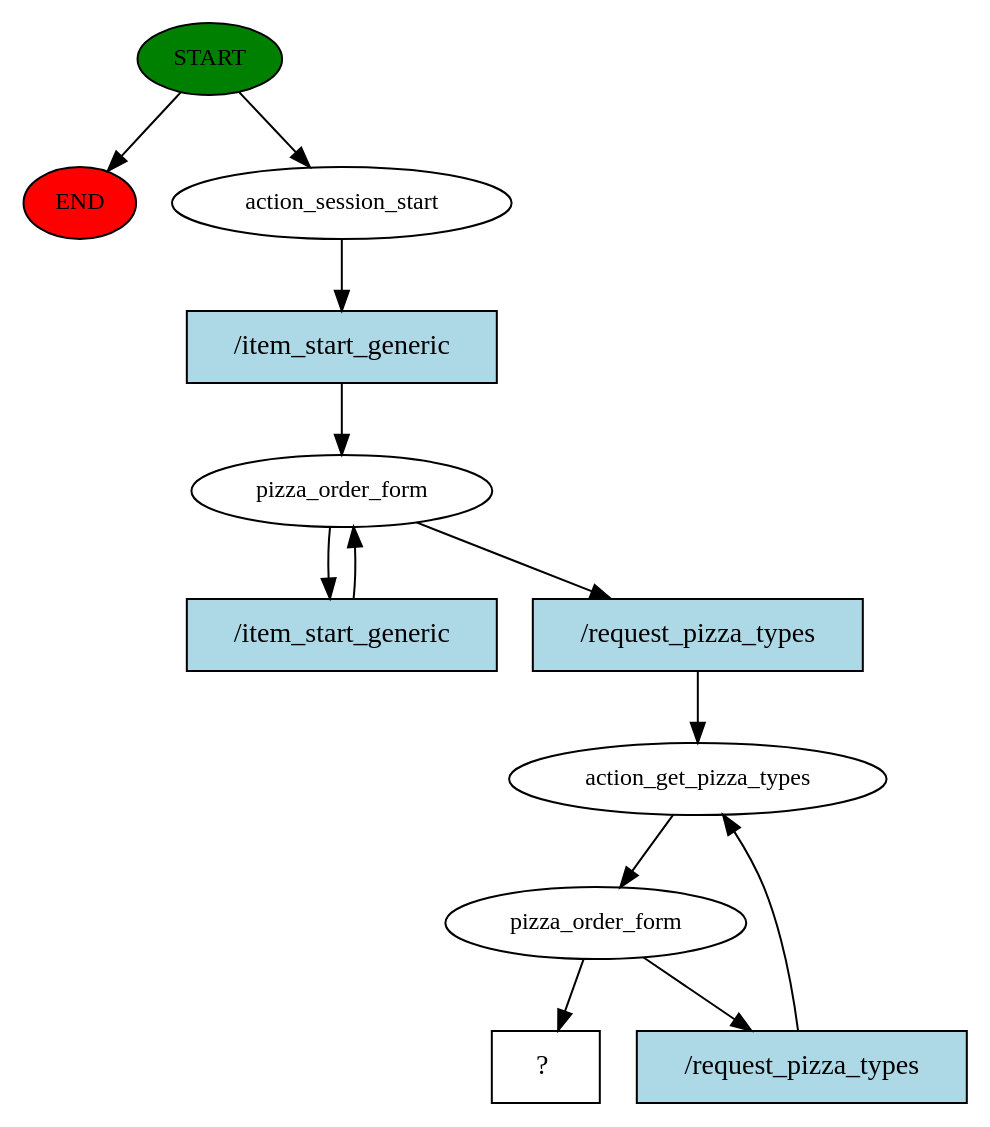
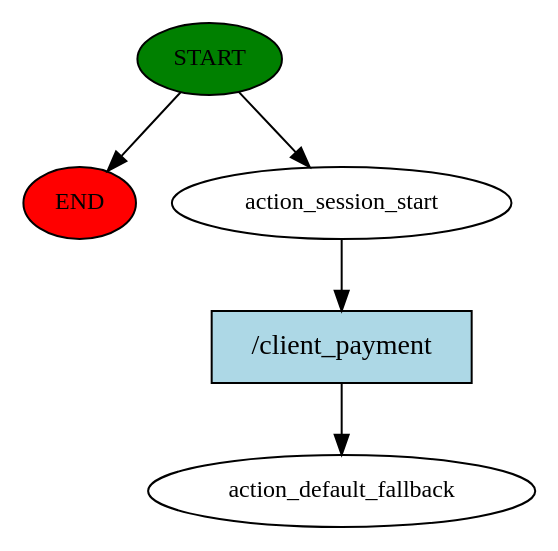
One commit to ericsua/PizzaBot changed the diagram in story_graph.dot. Above: the diagram before and after it, drawn with Graphviz. The commit also changed 9 other files, not shown here.

```diff
--- a/story_graph.dot
+++ b/story_graph.dot
@@ -1,25 +1,11 @@
 digraph  {
 0 [class="start active", fillcolor=green, fontsize=12, label=START, style=filled];
 "-1" [class=end, fillcolor=red, fontsize=12, label=END, style=filled];
 1 [class=active, fontsize=12, label=action_session_start];
-2 [class=active, fontsize=12, label=pizza_order_form];
-5 [class=active, fontsize=12, label=action_get_pizza_types];
-6 [class=active, fontsize=12, label=pizza_order_form];
-9 [class="intent dashed active", label="  ?  ", shape=rect];
-10 [class="intent active", fillcolor=lightblue, label="/item_start_generic", shape=rect, style=filled];
-11 [class="intent active", fillcolor=lightblue, label="/item_start_generic", shape=rect, style=filled];
-12 [class="intent active", fillcolor=lightblue, label="/request_pizza_types", shape=rect, style=filled];
-13 [class="intent active", fillcolor=lightblue, label="/request_pizza_types", shape=rect, style=filled];
+2 [class="dashed active", fontsize=12, label=action_default_fallback];
+3 [class="intent active", fillcolor=lightblue, label="/client_payment", shape=rect, style=filled];
 0 -> "-1"  [class="", key=NONE, label=""];
 0 -> 1  [class=active, key=NONE, label=""];
-1 -> 10  [class=active, key=0];
-2 -> 11  [class=active, key=0];
-2 -> 12  [class=active, key=0];
-5 -> 6  [class=active, key=NONE, label=""];
-6 -> 9  [class=active, key=NONE, label=""];
-6 -> 13  [class=active, key=0];
-10 -> 2  [class=active, key=0];
-11 -> 2  [class=active, key=0];
-12 -> 5  [class=active, key=0];
-13 -> 5  [class=active, key=0];
+1 -> 3  [class=active, key=0];
+3 -> 2  [class=active, key=0];
 }
```
